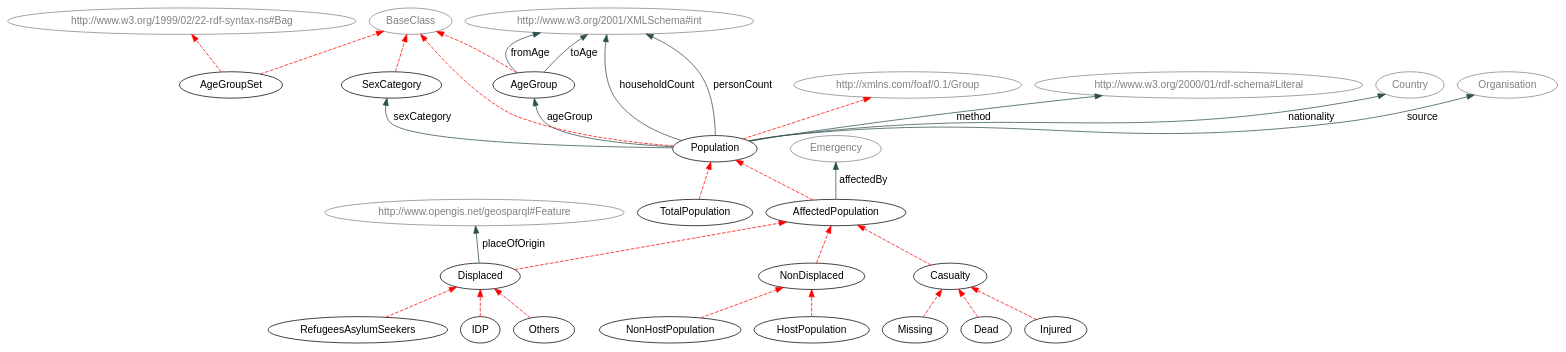
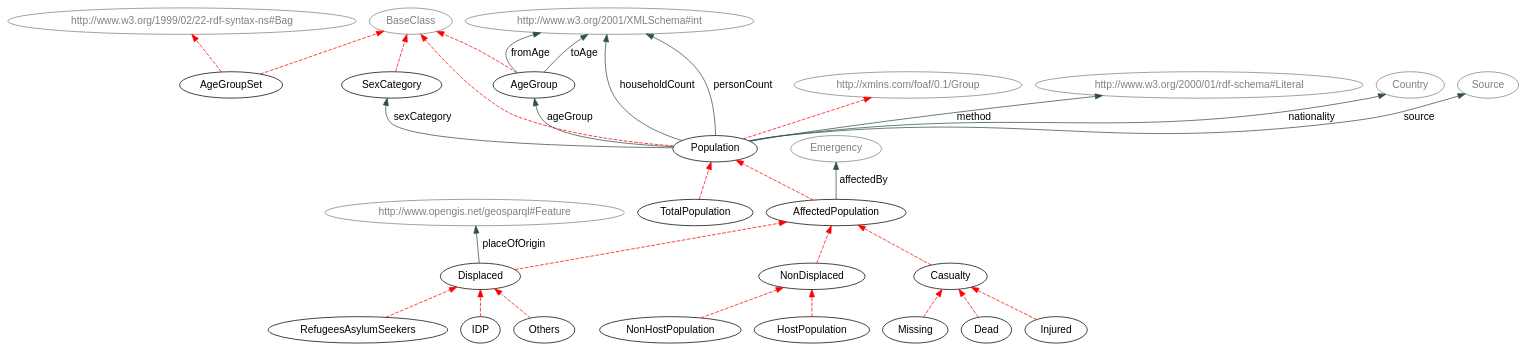
One commit to hxl-team/HXL-Vocab changed the diagram in Tools/humanitarianProfileSection.dot. Above: the diagram before and after it, drawn with Graphviz. The commit also changed 25 other files, not shown here.

```diff
--- a/Tools/humanitarianProfileSection.dot
+++ b/Tools/humanitarianProfileSection.dot
@@ -1,71 +1,71 @@
 digraph { 
  rankdir="BT";	
  charset="utf-8";
  overlap=false;
  edge [color=darkslategray];
  edge [fontname=Helvetica];
  node [fontname=Helvetica];
 
 "AffectedPopulation" [ URL = "./#AffectedPopulation"] ;
 		"AffectedPopulation" -> "Population" [ color=red style="dashed" ]; 
 			"AgeGroup" [ URL = "./#AgeGroup"] ;
 		"BaseClass" [ URL = "./#AgeGroup" color="gray" fontcolor="gray"] ;
 				"AgeGroup" -> "BaseClass" [ color=red style="dashed" ]; 
 			"AgeGroupSet" [ URL = "./#AgeGroupSet"] ;
 		"BaseClass" [ URL = "./#AgeGroupSet" color="gray" fontcolor="gray"] ;
 				"AgeGroupSet" -> "BaseClass" [ color=red style="dashed" ]; 
 			"http://www.w3.org/1999/02/22-rdf-syntax-ns#Bag" [ URL = "./#AgeGroupSet" color="gray" fontcolor="gray"] ;
 				"AgeGroupSet" -> "http://www.w3.org/1999/02/22-rdf-syntax-ns#Bag" [ color=red style="dashed" ]; 
 			"Casualty" [ URL = "./#Casualty"] ;
 		"Casualty" -> "AffectedPopulation" [ color=red style="dashed" ]; 
 			"Dead" [ URL = "./#Dead"] ;
 		"Dead" -> "Casualty" [ color=red style="dashed" ]; 
 			"Displaced" [ URL = "./#Displaced"] ;
 		"Displaced" -> "AffectedPopulation" [ color=red style="dashed" ]; 
 			"HostPopulation" [ URL = "./#HostPopulation"] ;
 		"HostPopulation" -> "NonDisplaced" [ color=red style="dashed" ]; 
 			"IDP" [ URL = "./#IDP"] ;
 		"IDP" -> "Displaced" [ color=red style="dashed" ]; 
 			"Injured" [ URL = "./#Injured"] ;
 		"Injured" -> "Casualty" [ color=red style="dashed" ]; 
 			"Missing" [ URL = "./#Missing"] ;
 		"Missing" -> "Casualty" [ color=red style="dashed" ]; 
 			"NonDisplaced" [ URL = "./#NonDisplaced"] ;
 		"NonDisplaced" -> "AffectedPopulation" [ color=red style="dashed" ]; 
 			"NonHostPopulation" [ URL = "./#NonHostPopulation"] ;
 		"NonHostPopulation" -> "NonDisplaced" [ color=red style="dashed" ]; 
 			"Others" [ URL = "./#Others"] ;
 		"Others" -> "Displaced" [ color=red style="dashed" ]; 
 			"Population" [ URL = "./#Population"] ;
 		"BaseClass" [ URL = "./#Population" color="gray" fontcolor="gray"] ;
 				"Population" -> "BaseClass" [ color=red style="dashed" ]; 
 			"http://xmlns.com/foaf/0.1/Group" [ URL = "./#Population" color="gray" fontcolor="gray"] ;
 				"Population" -> "http://xmlns.com/foaf/0.1/Group" [ color=red style="dashed" ]; 
 			"RefugeesAsylumSeekers" [ URL = "./#RefugeesAsylumSeekers"] ;
 		"RefugeesAsylumSeekers" -> "Displaced" [ color=red style="dashed" ]; 
 			"SexCategory" [ URL = "./#SexCategory"] ;
 		"BaseClass" [ URL = "./#SexCategory" color="gray" fontcolor="gray"] ;
 				"SexCategory" -> "BaseClass" [ color=red style="dashed" ]; 
 			"TotalPopulation" [ URL = "./#TotalPopulation"] ;
 		"TotalPopulation" -> "Population" [ color=red style="dashed" ]; 
 			"Emergency" [ URL = "./#Emergency" color="gray" fontcolor="gray"] ;
 					"AffectedPopulation" -> "Emergency" [ label="affectedBy" URL = "./#affectedBy"]; 
 				"Population" -> "AgeGroup" [ label="ageGroup" URL = "./#ageGroup"]; 
 				"http://www.w3.org/2001/XMLSchema#int" [ URL = "./#http://www.w3.org/2001/XMLSchema#int" color="gray" fontcolor="gray"] ;
 					"AgeGroup" -> "http://www.w3.org/2001/XMLSchema#int" [ label="fromAge" URL = "./#fromAge"]; 
 				"http://www.w3.org/2001/XMLSchema#int" [ URL = "./#http://www.w3.org/2001/XMLSchema#int" color="gray" fontcolor="gray"] ;
 					"Population" -> "http://www.w3.org/2001/XMLSchema#int" [ label="householdCount" URL = "./#householdCount"]; 
 				"http://www.w3.org/2000/01/rdf-schema#Literal" [ URL = "./#http://www.w3.org/2000/01/rdf-schema#Literal" color="gray" fontcolor="gray"] ;
 					"Population" -> "http://www.w3.org/2000/01/rdf-schema#Literal" [ label="method" URL = "./#method"]; 
 				"Country" [ URL = "./#Country" color="gray" fontcolor="gray"] ;
 					"Population" -> "Country" [ label="nationality" URL = "./#nationality"]; 
 				"http://www.w3.org/2001/XMLSchema#int" [ URL = "./#http://www.w3.org/2001/XMLSchema#int" color="gray" fontcolor="gray"] ;
 					"Population" -> "http://www.w3.org/2001/XMLSchema#int" [ label="personCount" URL = "./#personCount"]; 
 				"http://www.opengis.net/geosparql#Feature" [ URL = "./#http://www.opengis.net/geosparql#Feature" color="gray" fontcolor="gray"] ;
 					"Displaced" -> "http://www.opengis.net/geosparql#Feature" [ label="placeOfOrigin" URL = "./#placeOfOrigin"]; 
 				"Population" -> "SexCategory" [ label="sexCategory" URL = "./#sexCategory"]; 
-				"Organisation" [ URL = "./#Organisation" color="gray" fontcolor="gray"] ;
-					"Population" -> "Organisation" [ label="source" URL = "./#source"]; 
+				"Source" [ URL = "./#Source" color="gray" fontcolor="gray"] ;
+					"Population" -> "Source" [ label="source" URL = "./#source"]; 
 				"http://www.w3.org/2001/XMLSchema#int" [ URL = "./#http://www.w3.org/2001/XMLSchema#int" color="gray" fontcolor="gray"] ;
 					"AgeGroup" -> "http://www.w3.org/2001/XMLSchema#int" [ label="toAge" URL = "./#toAge"]; 
 				}
```
